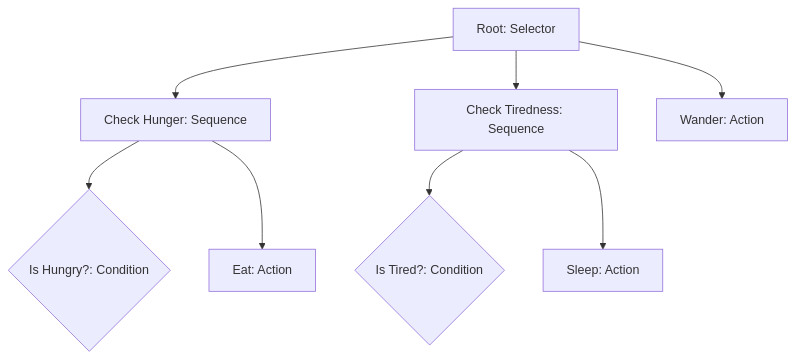
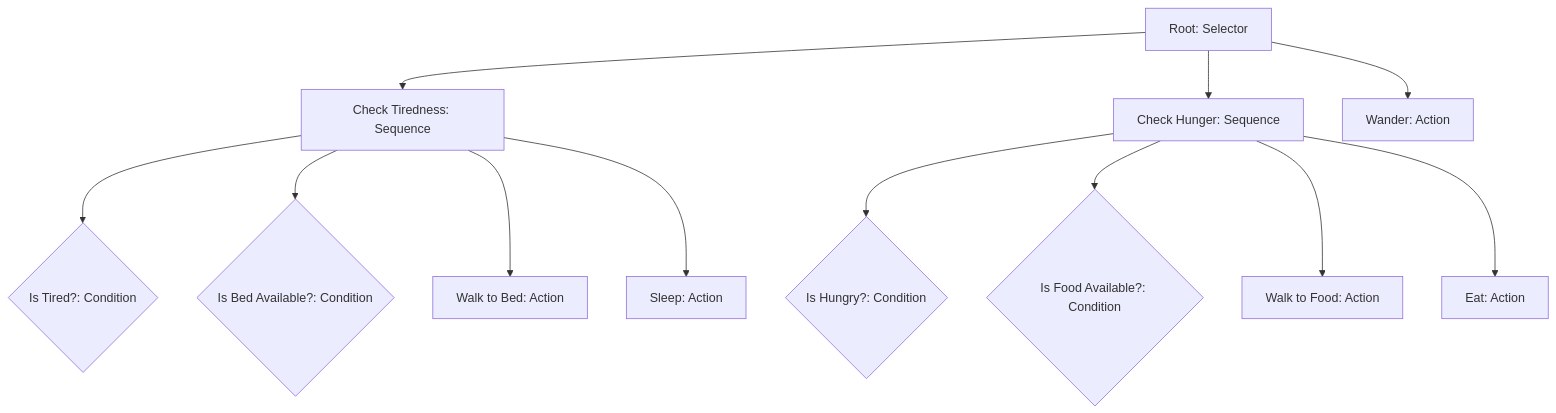
One commit to rasmussvala/TDDD23-Cheddar-Chase changed the diagram in behavior-tree/TREE.md. Above: the diagram before and after it, drawn with Mermaid.

````diff
--- a/behavior-tree/TREE.md
+++ b/behavior-tree/TREE.md
@@ -1,12 +1,16 @@
 ```mermaid
 graph TD
-A[Root: Selector] --> B[Check Hunger: Sequence]
-A --> C[Check Tiredness: Sequence]
-A --> D[Wander: Action]
+    A[Root: Selector] --> B[Check Tiredness: Sequence]
+    A --> C[Check Hunger: Sequence]
+    A --> D[Wander: Action]
 
-	B --> E{Is Hungry?: Condition}
-	B --> F[Eat: Action]
+    B --> E{Is Tired?: Condition}
+    B --> F{Is Bed Available?: Condition}
+    B --> G[Walk to Bed: Action]
+    B --> H[Sleep: Action]
 
-	C --> G{Is Tired?: Condition}
-	C --> H[Sleep: Action]
+    C --> I{Is Hungry?: Condition}
+    C --> J{Is Food Available?: Condition}
+    C --> K[Walk to Food: Action]
+    C --> L[Eat: Action]
 ```
````
